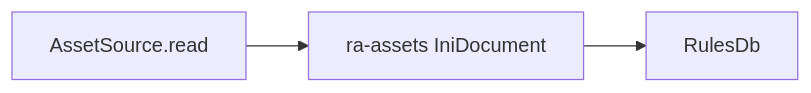
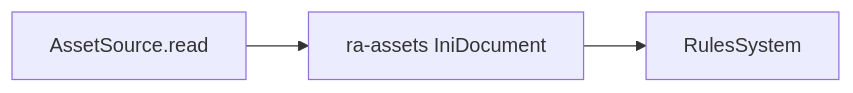
The third of 4 diagrams in projects/adapters/ra-adaptor/readme.md (rust-alert/ra2.exe), drawn with Mermaid before and after one commit. The commit also changed other lines of this file and 29 other files, not shown here.

First line of the commit message:
♻️ Rename `RulesDb` to `RulesSystem`

````diff
--- a/projects/adapters/ra-adaptor/readme.md
+++ b/projects/adapters/ra-adaptor/readme.md
@@ -109,7 +109,7 @@
 ```mermaid
 flowchart LR
     src[AssetSource.read]
     ini[ra-assets IniDocument]
-    db[RulesDb]
+    db[RulesSystem]
     src --> ini --> db
 ```
````
